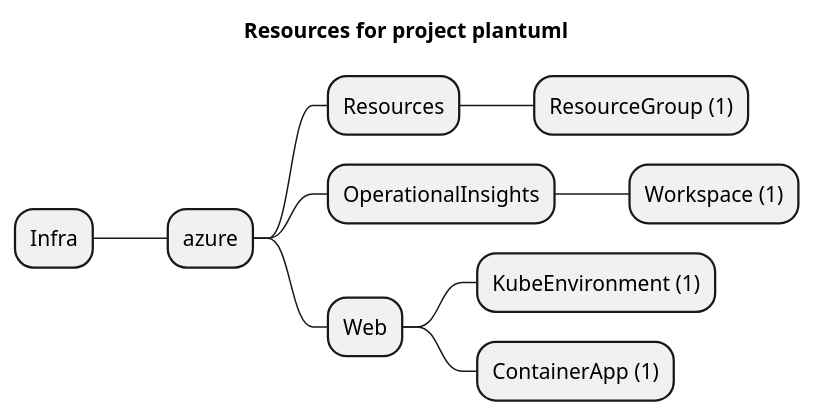
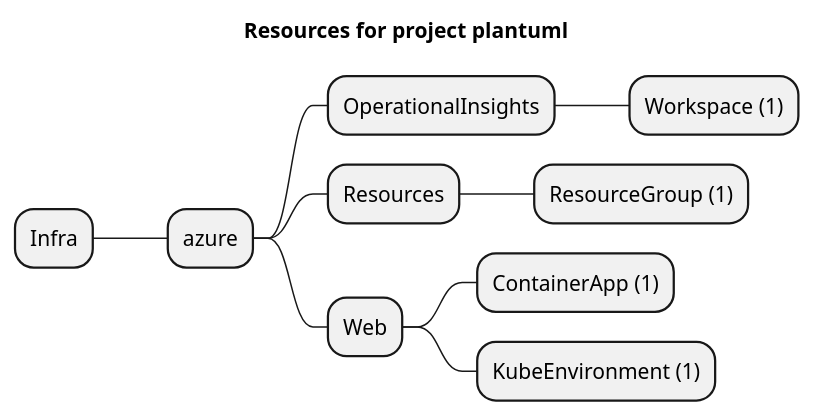
Before and after one commit to grucloud/grucloud: the diagram in examples/azure/container-apps/plantuml/artifacts/resources-mindmap.puml, drawn with PlantUML. The commit also changed other lines of this file and 55 other files, not shown here.

```diff
--- a/examples/azure/container-apps/plantuml/artifacts/resources-mindmap.puml
+++ b/examples/azure/container-apps/plantuml/artifacts/resources-mindmap.puml
@@ -1,13 +1,13 @@
 @startmindmap
 title Resources for project plantuml
 skinparam monochrome true
 + Infra
 ++ azure
++++ OperationalInsights
+++++ Workspace (1)
 +++ Resources
 ++++ ResourceGroup (1)
-+++ OperationalInsights
-++++ Workspace (1)
 +++ Web
+++++ ContainerApp (1)
 ++++ KubeEnvironment (1)
-++++ ContainerApp (1)
 @endmindmap
```
